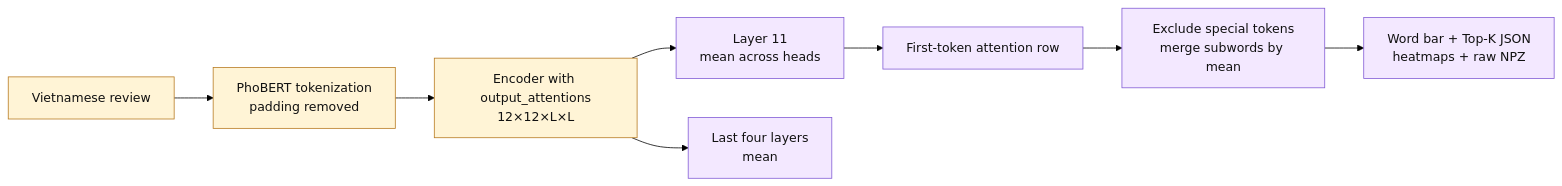
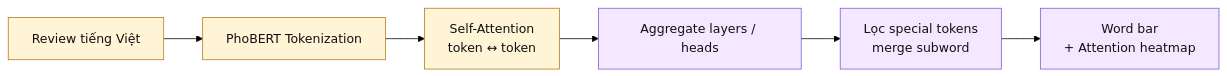
Before and after one commit to lechihoang/SE365: the fourth of 11 diagrams in xAI_AIagent_presentation_proposal.md, drawn with Mermaid (forest theme). The commit also changed other lines of this file, not shown here.

Commit message:
v2 proposal of xai+ ai Agent

````diff
--- a/xAI_AIagent_presentation_proposal.md
+++ b/xAI_AIagent_presentation_proposal.md
@@ -199,15 +232,13 @@
 ```mermaid
 flowchart LR
-    R["Vietnamese review"] --> T["PhoBERT tokenization<br/>padding removed"]
-    T --> E["Encoder with output_attentions<br/>12×12×L×L"]
-    E --> A1["Layer 11<br/>mean across heads"]
-    E --> A4["Last four layers<br/>mean"]
-    A1 --> CLS["First-token attention row"]
-    CLS --> CL["Exclude special tokens<br/>merge subwords by mean"]
-    CL --> ART["Word bar + Top-K JSON<br/>heatmaps + raw NPZ"]
+    R["Review tiếng Việt"] --> TK["PhoBERT Tokenization"]
+    TK --> SA["Self-Attention<br/>token ↔ token"]
+    SA --> AG["Aggregate layers / heads"]
+    AG --> CL["Lọc special tokens<br/>merge subword"]
+    CL --> V["Word bar<br/>+ Attention heatmap"]
 
     classDef model fill:#FFF4D6,stroke:#B7791F,color:#111;
     classDef xai fill:#F3E8FF,stroke:#805AD5,color:#111;
-    class R,T,E model;
-    class A1,A4,CLS,CL,ART xai;
+    class R,TK,SA model;
+    class AG,CL,V xai;
 ```
````
